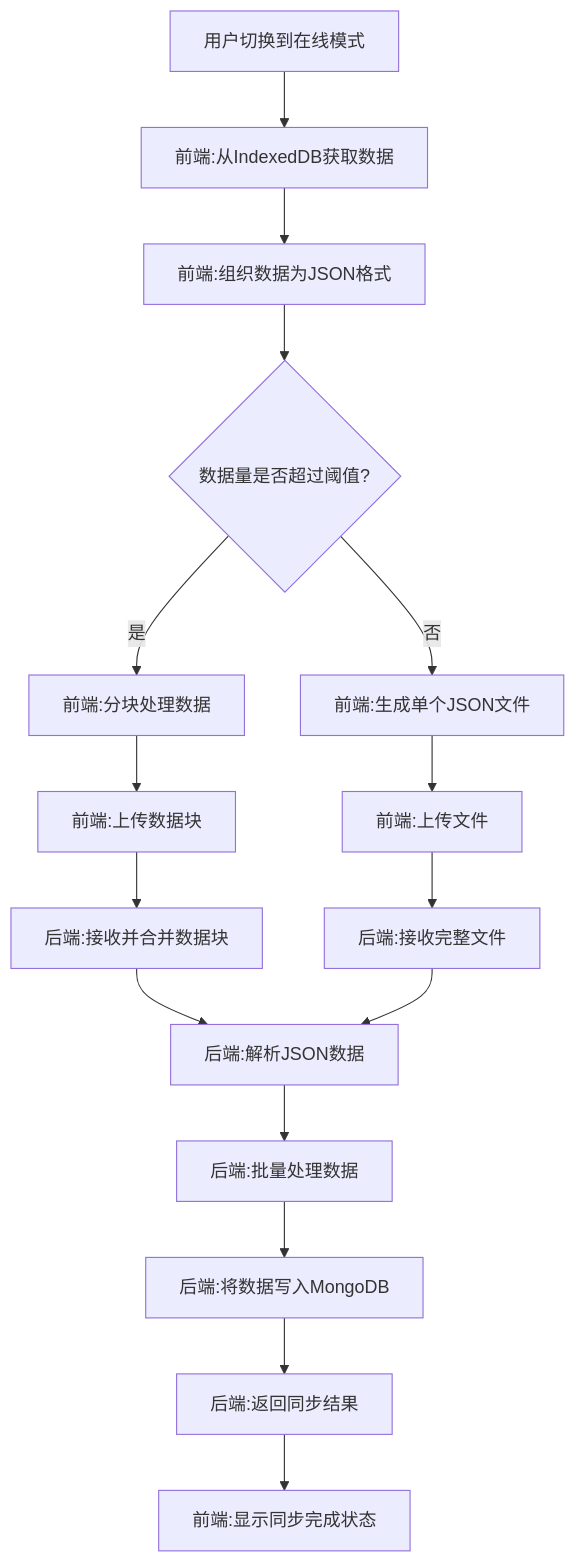
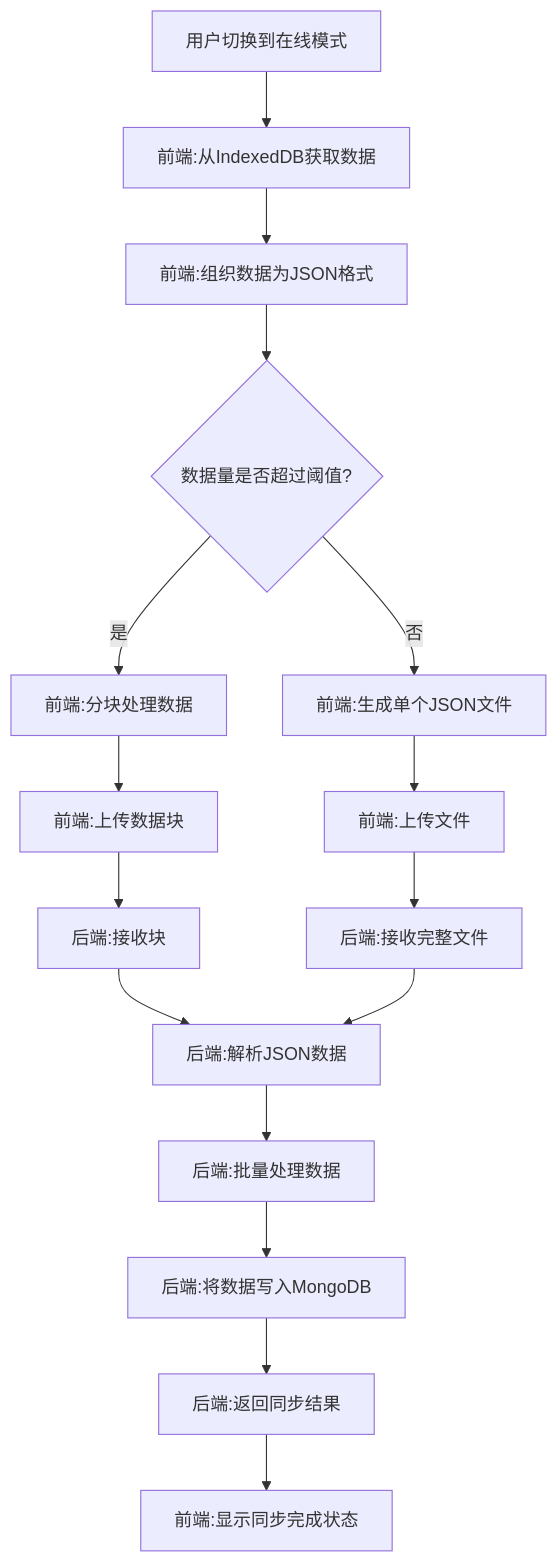
Before and after one commit to yingjianzh/iodraw-files: the diagram in all/未命名-60.md, drawn with Mermaid.

Commit message:
2025-05-15 10:02:39 update

````diff
--- a/all/未命名-60.md
+++ b/all/未命名-60.md
@@ -1,21 +1,21 @@
 ```mermaid
 
 flowchart TD
     A[用户切换到在线模式] --> B[前端:从IndexedDB获取数据]
     B --> C[前端:组织数据为JSON格式]
     C --> D{数据量是否超过阈值?}
     D -->|是| E[前端:分块处理数据]
     D -->|否| F[前端:生成单个JSON文件]
     E --> G[前端:上传数据块]
     F --> H[前端:上传文件]
-    G --> I[后端:接收并合并数据块]
+    G --> I[后端:接收块]
     H --> J[后端:接收完整文件]
     I --> K[后端:解析JSON数据]
     J --> K
     K --> L[后端:批量处理数据]
     L --> M[后端:将数据写入MongoDB]
     M --> N[后端:返回同步结果]
     N --> O[前端:显示同步完成状态]
 
 
 ```
````
